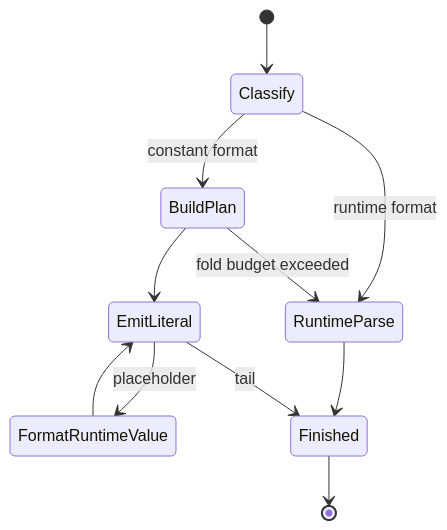
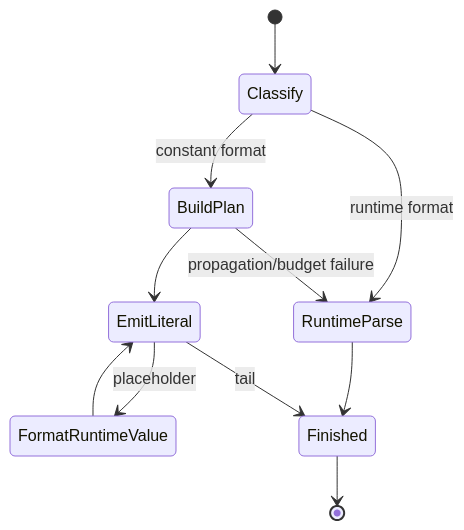
Before and after one commit to coding-pelican/dasae-headers: the second of 3 diagrams in dh/lab/drafts/draft-fmt-foldable-full.md, drawn with Mermaid. The commit also changed other lines of this file and 2 other files, not shown here.

````diff
--- a/dh/lab/drafts/draft-fmt-foldable-full.md
+++ b/dh/lab/drafts/draft-fmt-foldable-full.md
@@ -30,13 +49,13 @@
 ```mermaid
 stateDiagram-v2
     [*] --> Classify
     Classify --> BuildPlan: constant format
     Classify --> RuntimeParse: runtime format
     BuildPlan --> EmitLiteral
     EmitLiteral --> FormatRuntimeValue: placeholder
     FormatRuntimeValue --> EmitLiteral
-    BuildPlan --> RuntimeParse: fold budget exceeded
+    BuildPlan --> RuntimeParse: propagation/budget failure
     RuntimeParse --> Finished
     EmitLiteral --> Finished: tail
     Finished --> [*]
 ```
````
